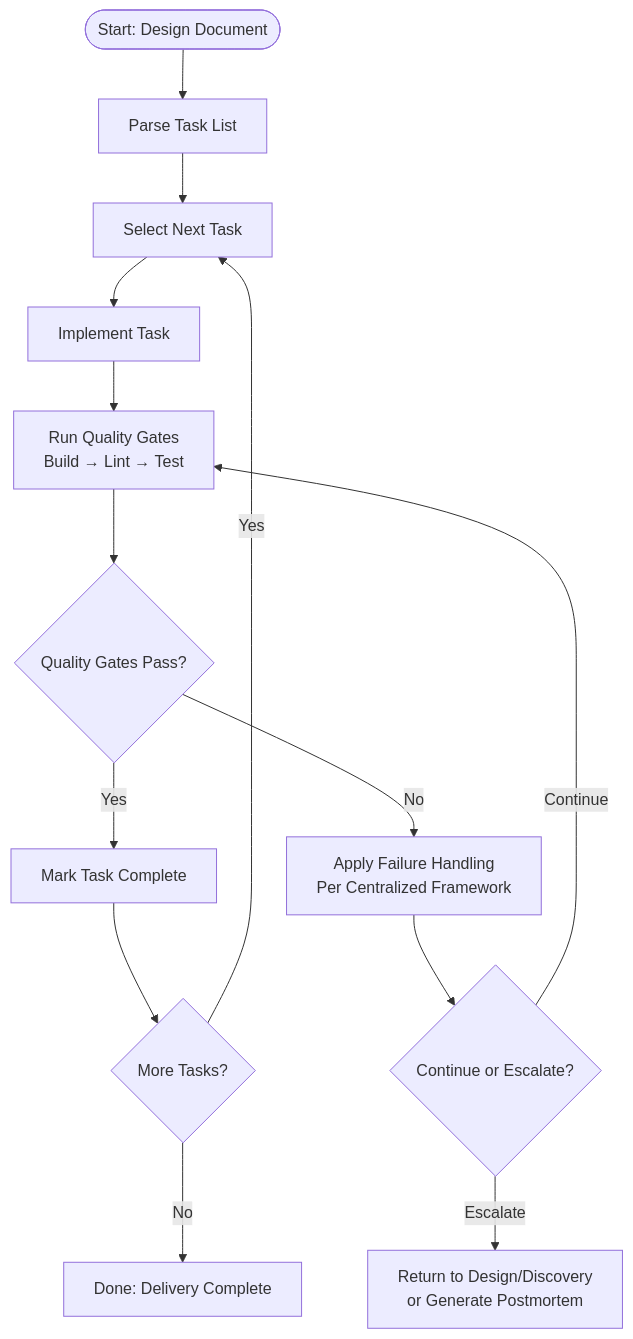
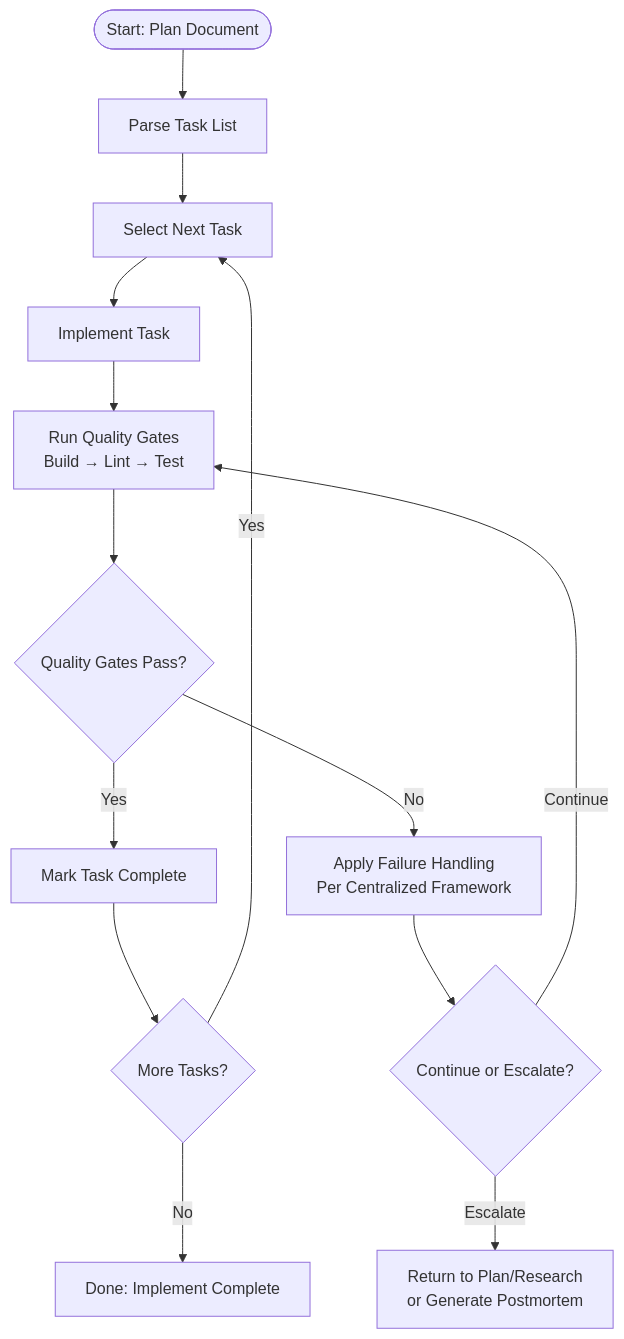
The diagram in docs/phases/Delivery.md (patrob/3d-strategy), drawn with Mermaid before and after one commit. The commit also changed other lines of this file and 7 other files, not shown here.

Commit message:
Rebrand from 3D Strategy to RPI Strategy with Research/Plan/Implement phases

````diff
--- a/docs/phases/Delivery.md
+++ b/docs/phases/Delivery.md
@@ -100,16 +100,16 @@
 ```mermaid
 flowchart TD
-  A([Start: Design Document]) --> B[Parse Task List]
+  A([Start: Plan Document]) --> B[Parse Task List]
   B --> C[Select Next Task]
   C --> D[Implement Task]
   D --> E[Run Quality Gates<br/>Build → Lint → Test]
   E --> F{Quality Gates Pass?}
   F -- Yes --> G[Mark Task Complete]
   F -- No --> H[Apply Failure Handling<br/>Per Centralized Framework]
   H --> I{Continue or Escalate?}
   I -- Continue --> E
-  I -- Escalate --> J[Return to Design/Discovery<br/>or Generate Postmortem]
+  I -- Escalate --> J[Return to Plan/Research<br/>or Generate Postmortem]
   G --> K{More Tasks?}
   K -- Yes --> C
-  K -- No --> L[Done: Delivery Complete]
+  K -- No --> L[Done: Implement Complete]
 ```
````
